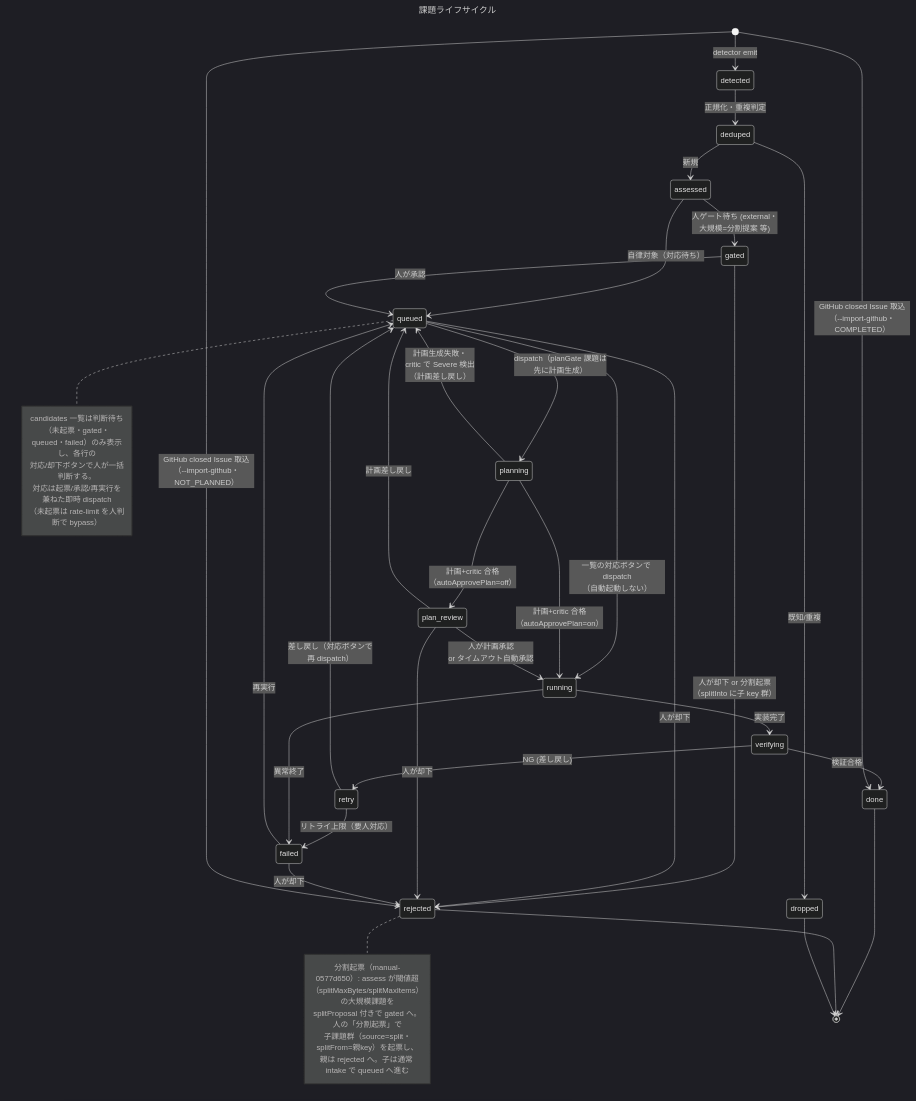
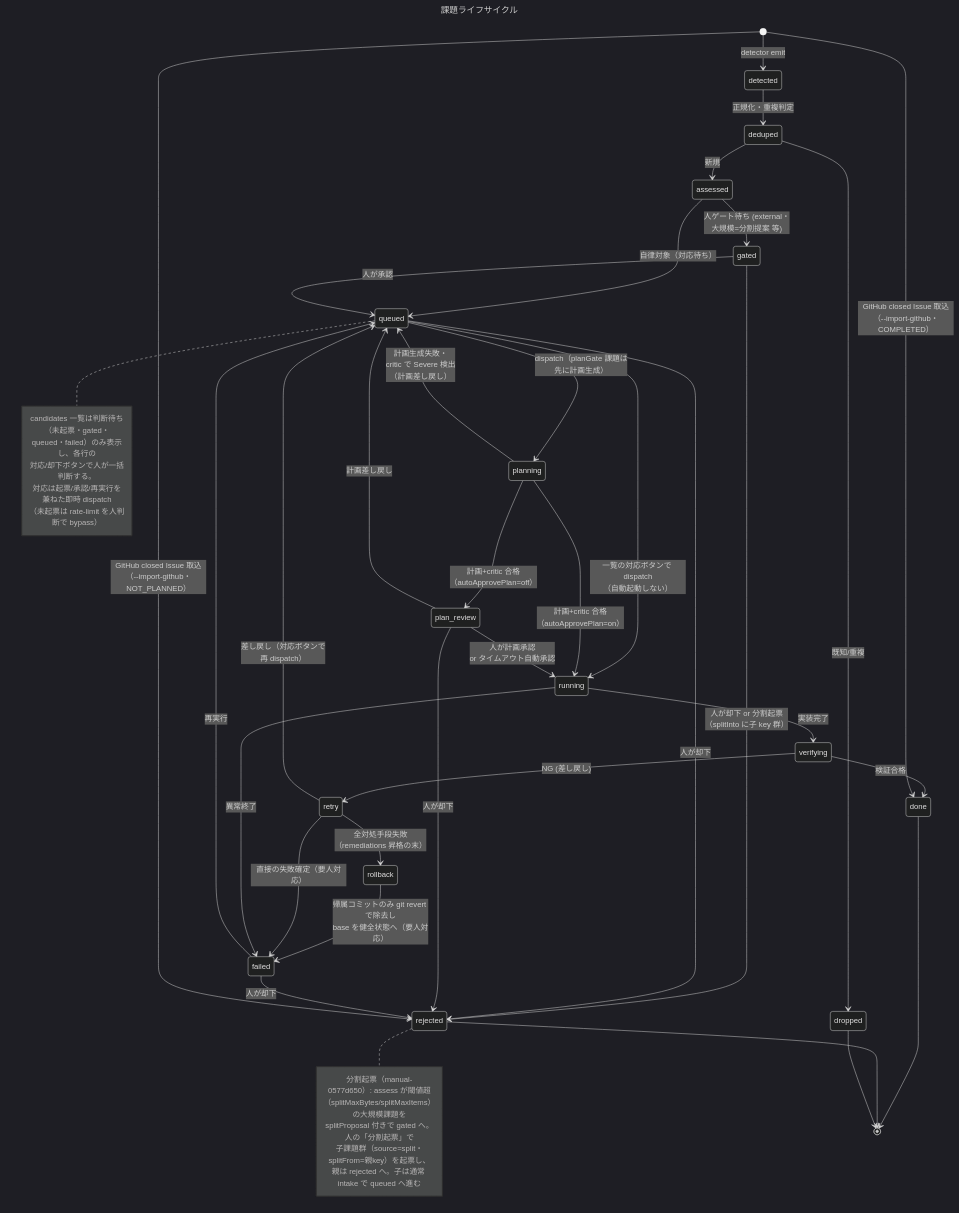
The diagram in diagrams/issue-lifecycle.mmd (yamamoto-ryuzo/kasugai_agent), drawn with Mermaid (dark theme) before and after one commit. The commit also changed 14 other files, not shown here.

First line of the commit message:
対処品質: verify NG 確定時の自動クリーン復帰（rollback 遷移で帰属コミットのみ git revert し base を健全状態へ。reset 禁止）

```diff
--- a/diagrams/issue-lifecycle.mmd
+++ b/diagrams/issue-lifecycle.mmd
@@ -1,48 +1,50 @@
 ---
 title: 課題ライフサイクル
 ---
 stateDiagram-v2
     [*] --> detected : detector emit
     detected --> deduped : 正規化・重複判定
     deduped --> dropped : 既知/重複
     deduped --> assessed : 新規
     assessed --> gated : 人ゲート待ち (external・<br/>大規模=分割提案 等)
     assessed --> queued : 自律対象（対応待ち）
     gated --> queued : 人が承認
     gated --> rejected : 人が却下 or 分割起票<br/>（splitInto に子 key 群）
     queued --> running : 一覧の対応ボタンで dispatch<br/>（自動起動しない）
     queued --> planning : dispatch（planGate 課題は<br/>先に計画生成）
     queued --> rejected : 人が却下
     planning --> plan_review : 計画+critic 合格<br/>（autoApprovePlan=off）
     planning --> running : 計画+critic 合格<br/>（autoApprovePlan=on）
     planning --> queued : 計画生成失敗・<br/>critic で Severe 検出<br/>（計画差し戻し）
     plan_review --> running : 人が計画承認<br/>or タイムアウト自動承認
     plan_review --> queued : 計画差し戻し
     plan_review --> rejected : 人が却下
     running --> verifying : 実装完了
     verifying --> done : 検証合格
     verifying --> retry : NG (差し戻し)
     retry --> queued : 差し戻し（対応ボタンで<br/>再 dispatch）
-    retry --> failed : リトライ上限（要人対応）
+    retry --> rollback : 全対処手段失敗<br/>（remediations 昇格の末）
+    rollback --> failed : 帰属コミットのみ git revert で除去し<br/>base を健全状態へ（要人対応）
+    retry --> failed : 直接の失敗確定（要人対応）
     running --> failed : 異常終了
     failed --> queued : 再実行
     failed --> rejected : 人が却下
     note right of queued
         candidates 一覧は判断待ち（未起票・gated・
         queued・failed）のみ表示し、各行の
         対応/却下ボタンで人が一括判断する。
         対応は起票/承認/再実行を兼ねた即時 dispatch
         （未起票は rate-limit を人判断で bypass）
     end note
     note right of rejected
         分割起票（manual-0577d650）: assess が閾値超
         （splitMaxBytes/splitMaxItems）の大規模課題を
         splitProposal 付きで gated へ。人の「分割起票」で
         子課題群（source=split・splitFrom=親key）を起票し、
         親は rejected へ。子は通常 intake で queued へ進む
     end note
     done --> [*]
     rejected --> [*]
     dropped --> [*]
     [*] --> done : GitHub closed Issue 取込<br/>（--import-github・COMPLETED）
     [*] --> rejected : GitHub closed Issue 取込<br/>（--import-github・NOT_PLANNED）
```
